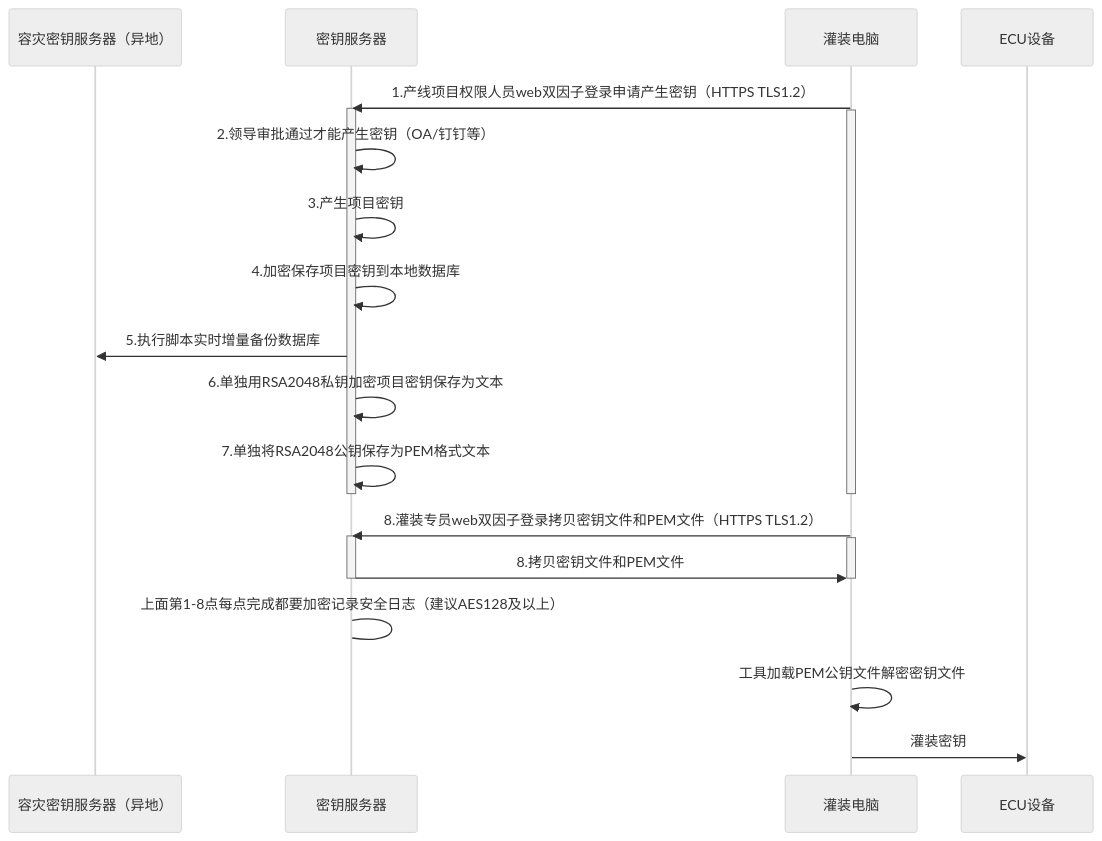
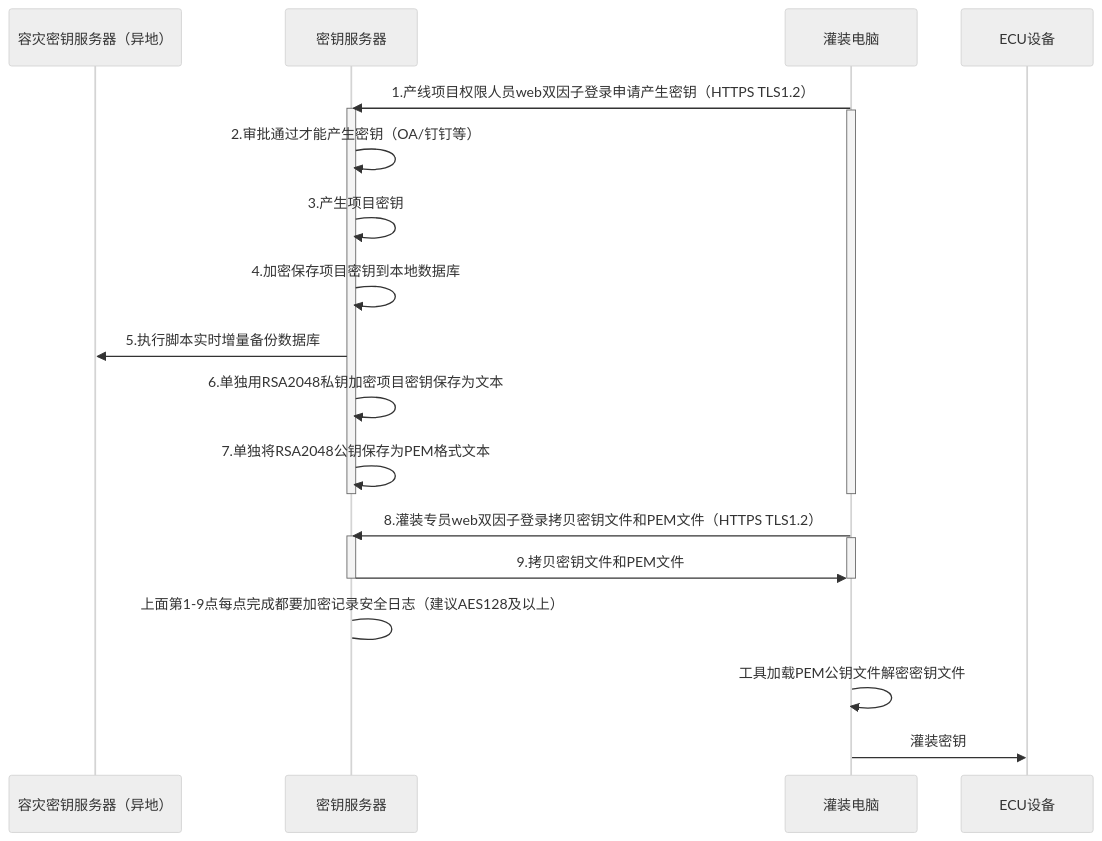
The diagram in all/未命名-15.md (facebook-cloud/iodraw-files), drawn with Mermaid (neutral theme) before and after one commit.

Commit message:
2026-02-12 13:53:35 update

````diff
--- a/all/未命名-15.md
+++ b/all/未命名-15.md
@@ -1,33 +1,33 @@
 ```mermaid
 sequenceDiagram
     participant A as 容灾密钥服务器（异地）
     participant B as 密钥服务器
     participant D as 灌装电脑
     participant E as ECU设备
 
     
     D->>B: 1.产线项目权限人员web双因子登录申请产生密钥（HTTPS TLS1.2）
     activate B
     activate D
-    B->>B: 2.领导审批通过才能产生密钥（OA/钉钉等）
+    B->>B: 2.审批通过才能产生密钥（OA/钉钉等）
     B->>B: 3.产生项目密钥
     B->>B: 4.加密保存项目密钥到本地数据库
     B->>A: 5.执行脚本实时增量备份数据库
     B->>B: 6.单独用RSA2048私钥加密项目密钥保存为文本
     B->>B: 7.单独将RSA2048公钥保存为PEM格式文本
     deactivate B
     deactivate D
 
     
     D->>B: 8.灌装专员web双因子登录拷贝密钥文件和PEM文件（HTTPS TLS1.2）
     activate B
     activate D
-    B->>D: 8.拷贝密钥文件和PEM文件
+    B->>D: 9.拷贝密钥文件和PEM文件
     deactivate B
     deactivate D
-    B->B: 上面第1-8点每点完成都要加密记录安全日志（建议AES128及以上）
+    B->B: 上面第1-9点每点完成都要加密记录安全日志（建议AES128及以上）
 
     D->>D:工具加载PEM公钥文件解密密钥文件
     
     D->>E: 灌装密钥
 ```
````
